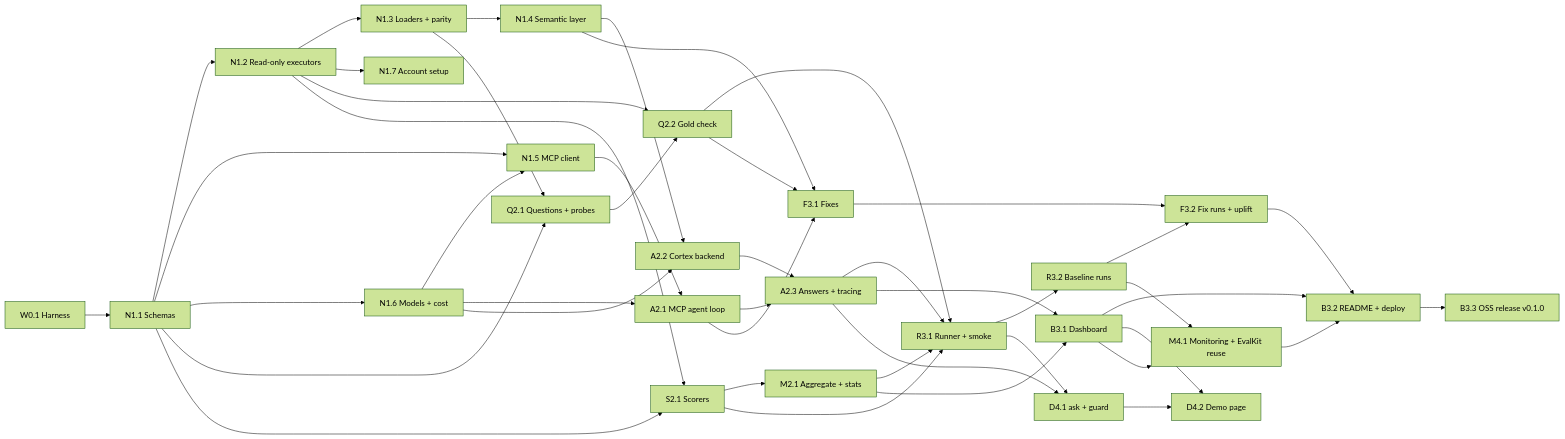
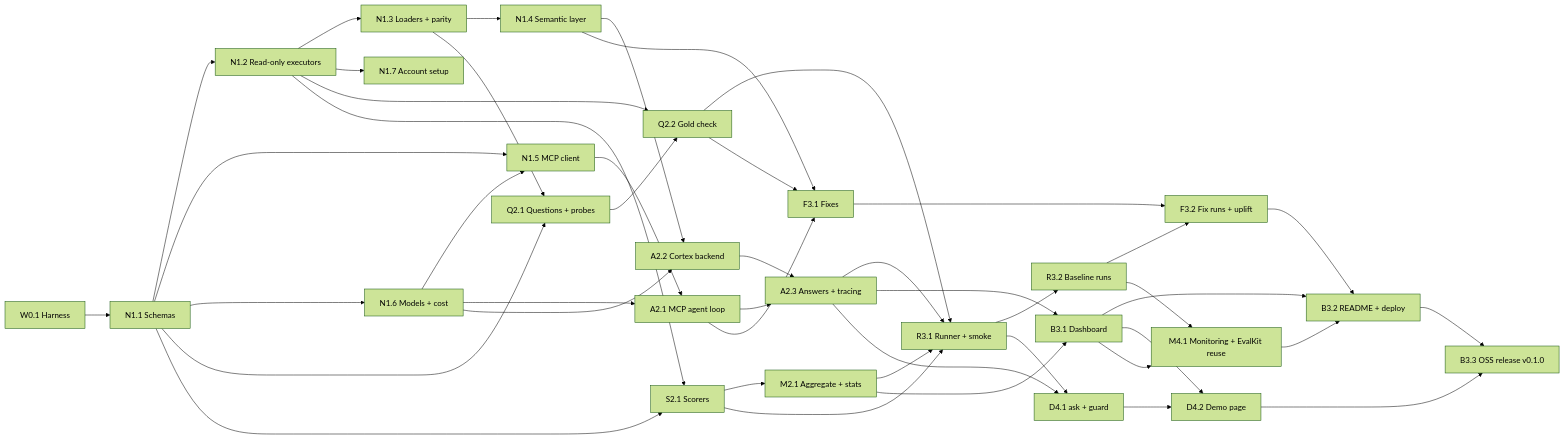
Before and after one commit to biplob819/agentic-analytics: the diagram in Agentic Analytics Tech Spec.md, drawn with Mermaid (forest theme). The commit also changed other lines of this file and 32 other files, not shown here.

````diff
--- a/Agentic Analytics Tech Spec.md
+++ b/Agentic Analytics Tech Spec.md
@@ -685,46 +685,47 @@
 ```mermaid
 graph LR
   W01[W0.1 Harness] --> N11[N1.1 Schemas]
   N11 --> N12[N1.2 Read-only executors]
   N11 --> N15[N1.5 MCP client]
   N16 --> N15
   N11 --> N16[N1.6 Models + cost]
   N12 --> N13[N1.3 Loaders + parity]
   N12 --> N17[N1.7 Account setup]
   N13 --> N14[N1.4 Semantic layer]
   N11 --> Q21[Q2.1 Questions + probes]
   N13 --> Q21
   Q21 --> Q22[Q2.2 Gold check]
   N12 --> Q22
   N15 --> A21[A2.1 MCP agent loop]
   N16 --> A21
   N14 --> A22[A2.2 Cortex backend]
   N16 --> A22
   A21 --> A23[A2.3 Answers + tracing]
   A22 --> A23
   N11 --> S21[S2.1 Scorers]
   N12 --> S21
   S21 --> M21[M2.1 Aggregate + stats]
   A23 --> R31[R3.1 Runner + smoke]
   S21 --> R31
   M21 --> R31
   Q22 --> R31
   R31 --> R32[R3.2 Baseline runs]
   A21 --> F31[F3.1 Fixes]
   N14 --> F31
   Q22 --> F31
   F31 --> F32[F3.2 Fix runs + uplift]
   R32 --> F32
   M21 --> B31[B3.1 Dashboard]
   A23 --> B31
   B31 --> B32[B3.2 README + deploy]
   F32 --> B32
   B32 --> B33[B3.3 OSS release v0.1.0]
   A23 --> D41[D4.1 ask + guard]
   R31 --> D41
   D41 --> D42[D4.2 Demo page]
+  D42 --> B33
   B31 --> D42
   R32 --> M41[M4.1 Monitoring + EvalKit reuse]
   B31 --> M41
   M41 --> B32
 ```
````
